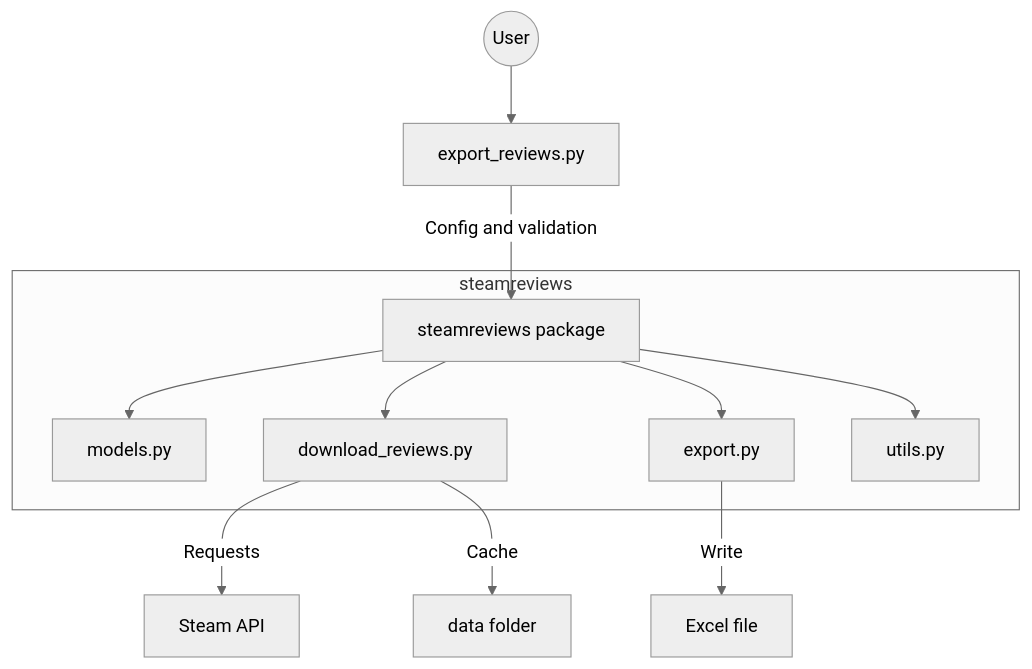
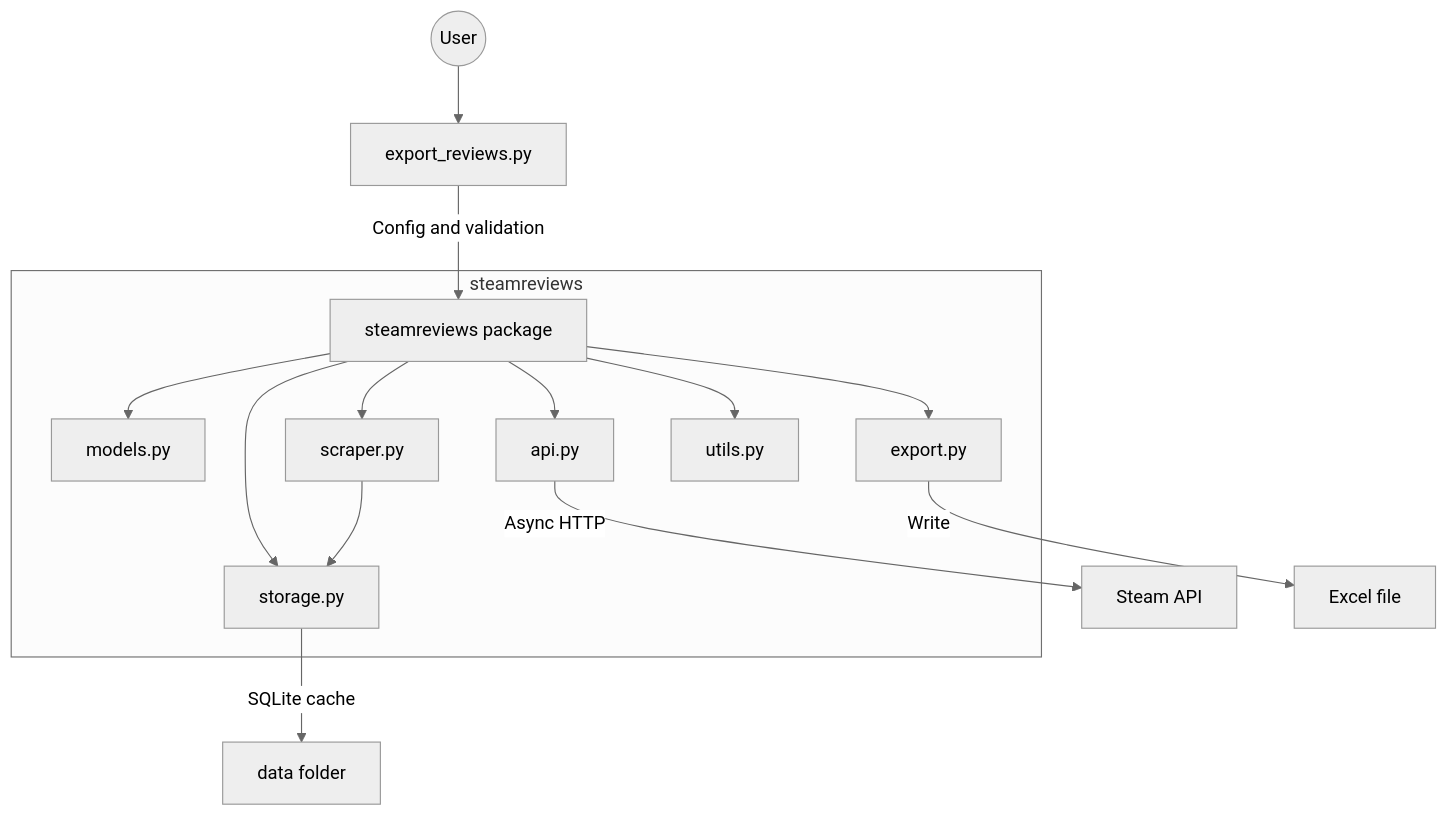
The diagram in DEVELOPER_GUIDE.md (sacrificeking/steam-review-exporter), drawn with Mermaid (neutral theme) before and after one commit. The commit also changed other lines of this file and 27 other files, not shown here.

````diff
--- a/DEVELOPER_GUIDE.md
+++ b/DEVELOPER_GUIDE.md
@@ -12,16 +12,19 @@
 ```mermaid
 graph TD
     User((User)) --> A[export_reviews.py]
     A -->|Config and validation| B[steamreviews package]
 
     subgraph "steamreviews"
         B --> C[models.py]
-        B --> D[download_reviews.py]
+        B --> D[api.py]
+        B --> S[scraper.py]
+        B --> ST[storage.py]
         B --> E[export.py]
         B --> F[utils.py]
     end
 
-    D -->|Requests| SteamAPI[Steam API]
-    D -->|Cache| Data[data folder]
+    D -->|Async HTTP| SteamAPI[Steam API]
+    S --> ST
+    ST -->|SQLite cache| Data[data folder]
     E -->|Write| ExcelFile[Excel file]
 ```
````
